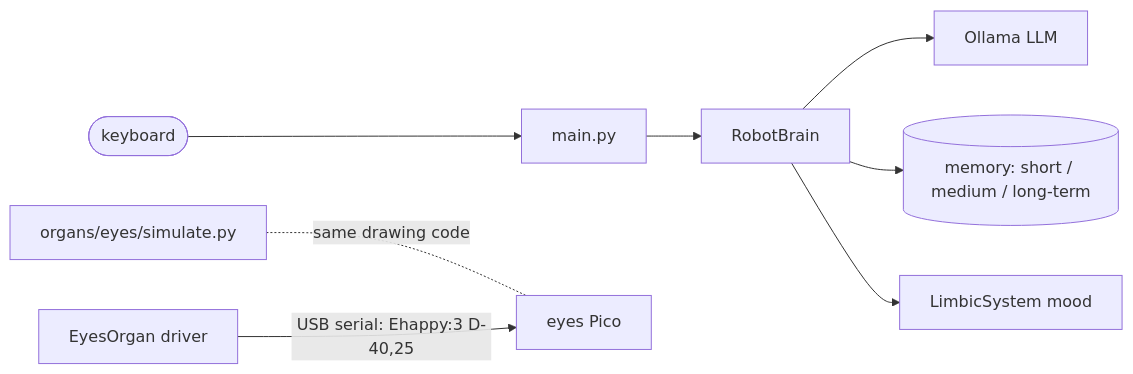
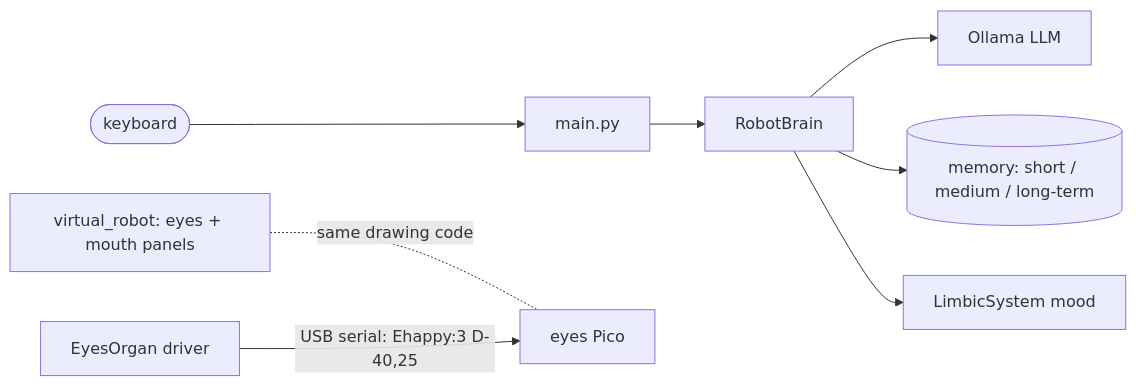
The first of 2 diagrams in docs/architecture.md (dpopleton/Robot4Henry), drawn with Mermaid before and after one commit. The commit also changed 43 other files, not shown here.

First line of the commit message:
Eyes in the virtual robot, weekly review W47, READMEs for brain and organs

````diff
--- a/docs/architecture.md
+++ b/docs/architecture.md
@@ -25,10 +25,10 @@
 ```mermaid
 flowchart LR
     you([keyboard]) --> main[main.py]
     main --> brain[RobotBrain]
     brain --> llm[Ollama LLM]
     brain --> mem[(memory: short / medium / long-term)]
     brain --> limbic[LimbicSystem mood]
-    sim[organs/eyes/simulate.py] -. same drawing code .- pico
+    sim[virtual_robot: eyes + mouth panels] -. same drawing code .- pico
     driver[EyesOrgan driver] -- "USB serial: Ehappy:3 D-40,25" --> pico[eyes Pico]
 ```
````
